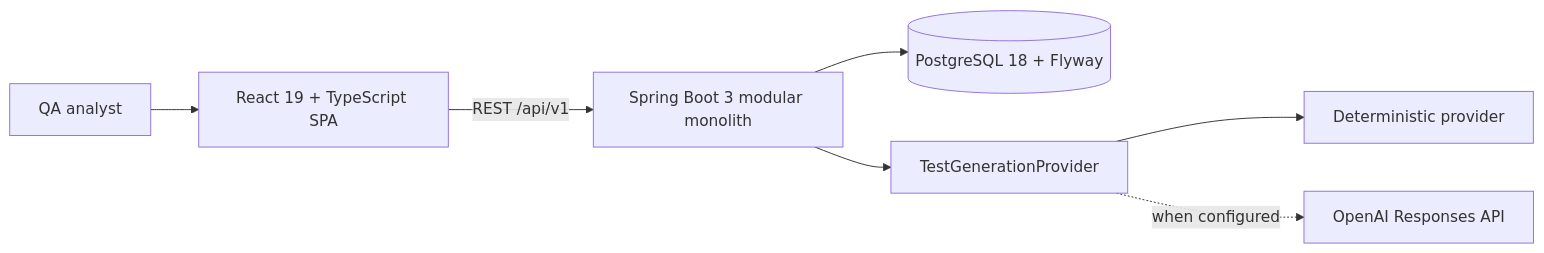
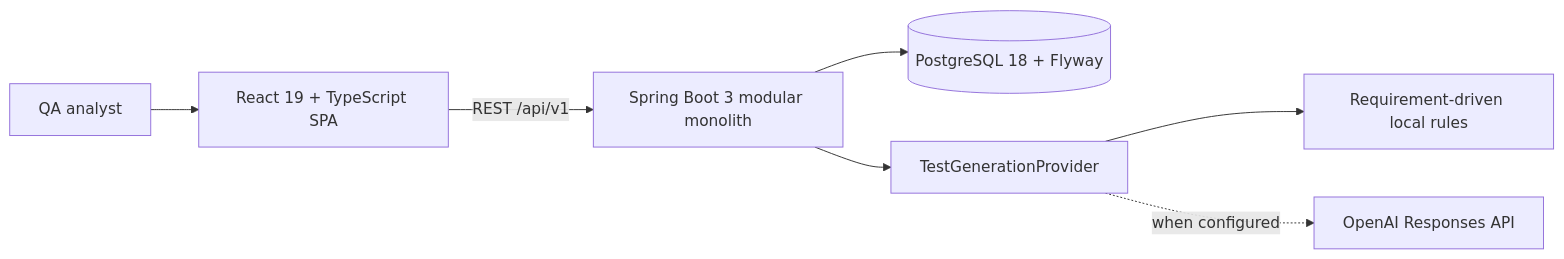
The diagram in README.md (DWilliams-codes/AITestCaseGeneratorDemo), drawn with Mermaid before and after one commit. The commit also changed other lines of this file and 25 other files, not shown here.

````diff
--- a/README.md
+++ b/README.md
@@ -31,9 +32,9 @@
 ```mermaid
 flowchart LR
     Analyst["QA analyst"] --> Web["React 19 + TypeScript SPA"]
     Web -->|"REST /api/v1"| API["Spring Boot 3 modular monolith"]
     API --> DB[("PostgreSQL 18 + Flyway")]
     API --> Boundary["TestGenerationProvider"]
-    Boundary --> Fake["Deterministic provider"]
+    Boundary --> Fake["Requirement-driven local rules"]
     Boundary -. "when configured" .-> OpenAI["OpenAI Responses API"]
 ```
````
